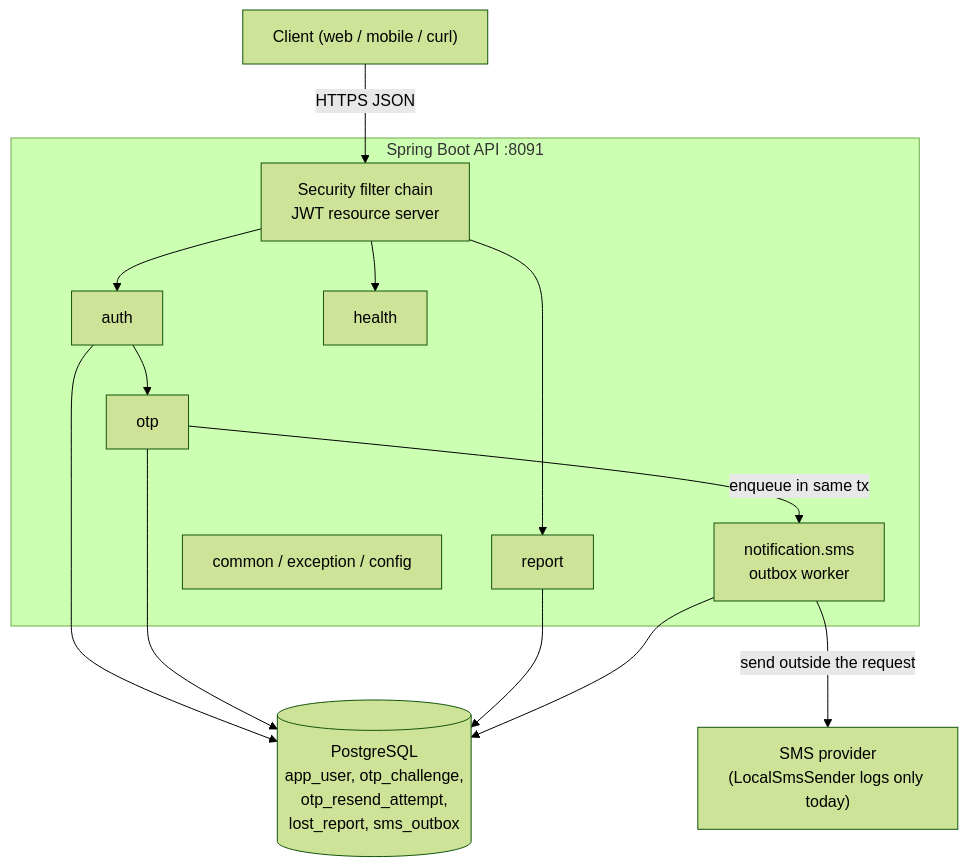
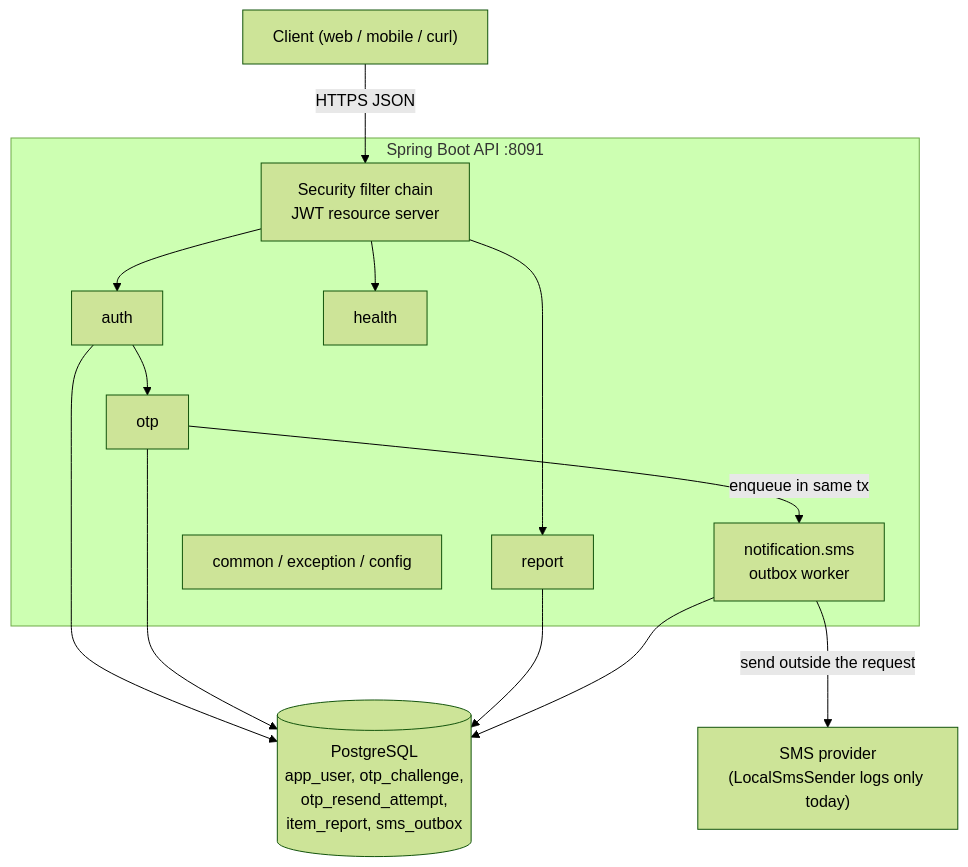
The diagram in docs/design/01-architecture.md (murali590/milaavo), drawn with Mermaid (forest theme) before and after one commit. The commit also changed other lines of this file and 4 other files, not shown here.

Commit message:
Document report types and the item_report rename

````diff
--- a/docs/design/01-architecture.md
+++ b/docs/design/01-architecture.md
@@ -17,22 +17,22 @@
 ```mermaid
 flowchart TB
     client["Client (web / mobile / curl)"]
     subgraph app["Spring Boot API :8091"]
         sec["Security filter chain<br/>JWT resource server"]
         auth["auth"]
         otp["otp"]
         report["report"]
         sms["notification.sms<br/>outbox worker"]
         health["health"]
         common["common / exception / config"]
     end
-    db[("PostgreSQL<br/>app_user, otp_challenge,<br/>otp_resend_attempt,<br/>lost_report, sms_outbox")]
+    db[("PostgreSQL<br/>app_user, otp_challenge,<br/>otp_resend_attempt,<br/>item_report, sms_outbox")]
     provider["SMS provider<br/>(LocalSmsSender logs only today)"]
 
     client -- HTTPS JSON --> sec
     sec --> auth & report & health
     auth --> otp
     otp -- enqueue in same tx --> sms
     auth & otp & report & sms --> db
     sms -- send outside the request --> provider
 ```
````
